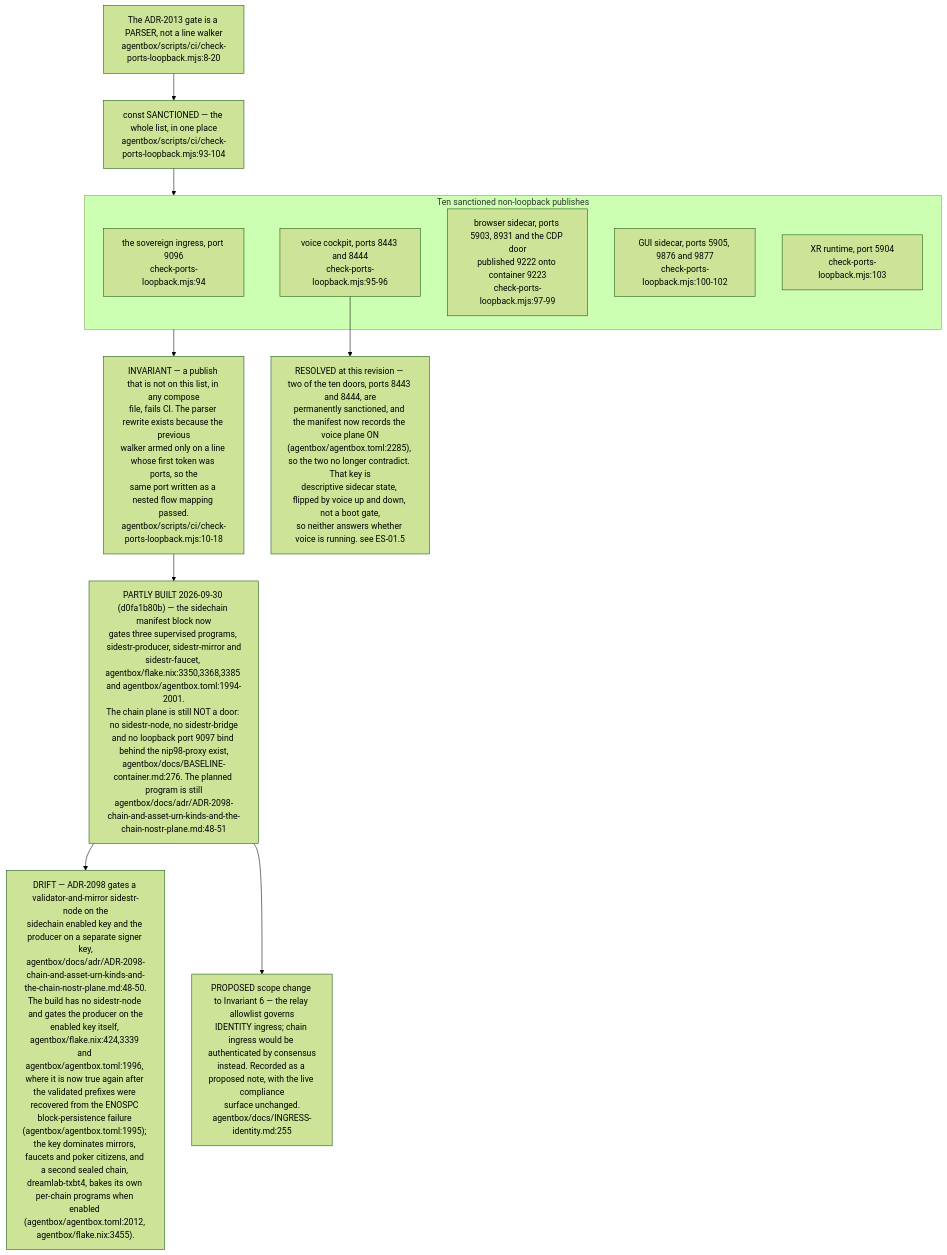
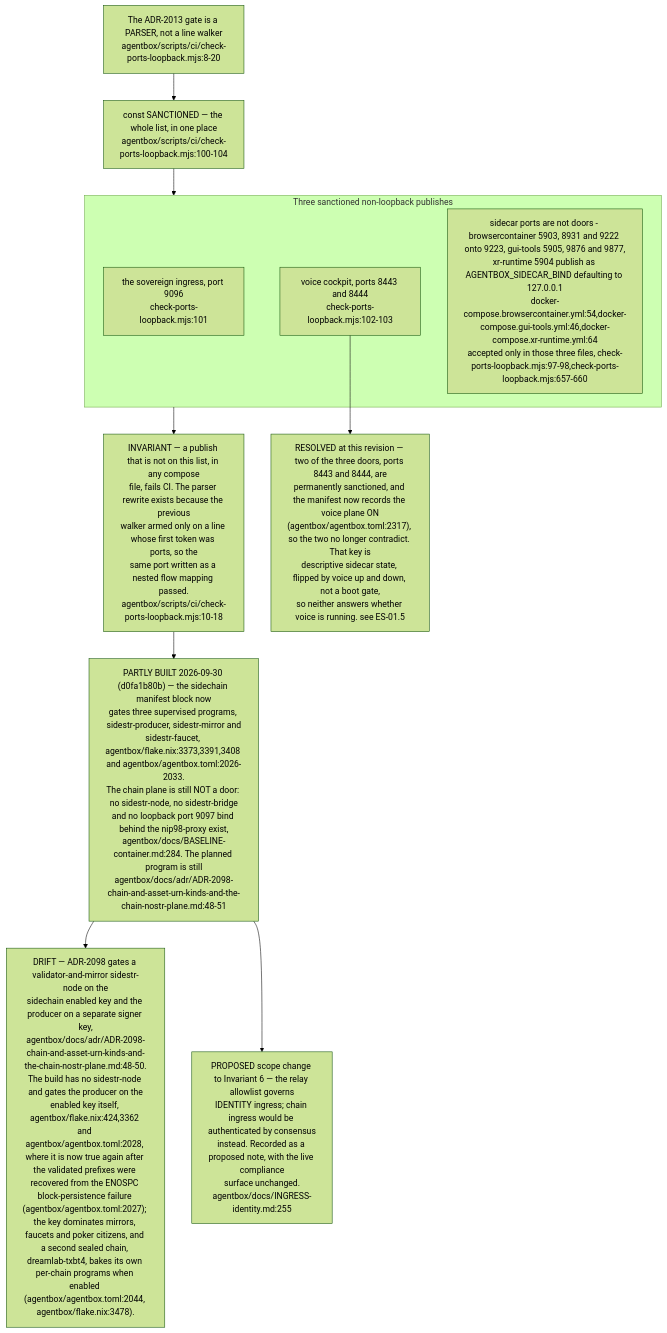
Before and after one commit to DreamLab-AI/VisionFlow: diagram 11 of 11 in docs/diagrams/estate/10-deployment-and-security-profiles.md, drawn with Mermaid (forest theme). The commit also changed other lines of this file and 8 other files, not shown here.

First line of the commit message:
docs(diagrams): re-verify the NIP-98 proxy topics and the custody counts at agentbox 0693c761c (VF-DIAGRAM-NIP98-DRIFT)

````diff
--- a/docs/diagrams/estate/10-deployment-and-security-profiles.md
+++ b/docs/diagrams/estate/10-deployment-and-security-profiles.md
@@ -453,29 +455,27 @@
 ```mermaid
 flowchart TB
     GATE["The ADR-2013 gate is a PARSER, not a line walker<br/>agentbox/scripts/ci/check-ports-loopback.mjs:8-20"]
-    LIST["const SANCTIONED — the whole list, in one place<br/>agentbox/scripts/ci/check-ports-loopback.mjs:93-104"]
+    LIST["const SANCTIONED — the whole list, in one place<br/>agentbox/scripts/ci/check-ports-loopback.mjs:100-104"]
     GATE --> LIST
 
-    subgraph DOORS["Ten sanctioned non-loopback publishes"]
-        D0["the sovereign ingress, port 9096<br/>check-ports-loopback.mjs:94"]
-        D1["voice cockpit, ports 8443 and 8444<br/>check-ports-loopback.mjs:95-96"]
-        D2["browser sidecar, ports 5903, 8931 and the CDP door<br/>published 9222 onto container 9223<br/>check-ports-loopback.mjs:97-99"]
-        D3["GUI sidecar, ports 5905, 9876 and 9877<br/>check-ports-loopback.mjs:100-102"]
-        D4["XR runtime, port 5904<br/>check-ports-loopback.mjs:103"]
+    subgraph DOORS["Three sanctioned non-loopback publishes"]
+        D0["the sovereign ingress, port 9096<br/>check-ports-loopback.mjs:101"]
+        D1["voice cockpit, ports 8443 and 8444<br/>check-ports-loopback.mjs:102-103"]
+        D2["sidecar ports are not doors - browsercontainer 5903, 8931 and 9222 onto 9223, gui-tools 5905, 9876 and 9877,<br/>xr-runtime 5904 publish as AGENTBOX_SIDECAR_BIND defaulting to 127.0.0.1<br/>docker-compose.browsercontainer.yml:54,docker-compose.gui-tools.yml:46,docker-compose.xr-runtime.yml:64<br/>accepted only in those three files, check-ports-loopback.mjs:97-98,check-ports-loopback.mjs:657-660"]
     end
     LIST --> DOORS
 
     INV["INVARIANT — a publish that is not on this list, in any compose<br/>file, fails CI. The parser rewrite exists because the previous<br/>walker armed only on a line whose first token was ports, so the<br/>same port written as a nested flow mapping passed.<br/>agentbox/scripts/ci/check-ports-loopback.mjs:10-18"]
     DOORS --> INV
 
-    PROP["PARTLY BUILT 2026-09-30 (d0fa1b80b) — the sidechain manifest block now<br/>gates three supervised programs, sidestr-producer, sidestr-mirror and<br/>sidestr-faucet, agentbox/flake.nix:3350,3368,3385 and agentbox/agentbox.toml:1994-2001.<br/>The chain plane is still NOT a door: no sidestr-node, no sidestr-bridge<br/>and no loopback port 9097 bind behind the nip98-proxy exist,<br/>agentbox/docs/BASELINE-container.md:276. The planned program is still<br/>agentbox/docs/adr/ADR-2098-chain-and-asset-urn-kinds-and-the-chain-nostr-plane.md:48-51"]
+    PROP["PARTLY BUILT 2026-09-30 (d0fa1b80b) — the sidechain manifest block now<br/>gates three supervised programs, sidestr-producer, sidestr-mirror and<br/>sidestr-faucet, agentbox/flake.nix:3373,3391,3408 and agentbox/agentbox.toml:2026-2033.<br/>The chain plane is still NOT a door: no sidestr-node, no sidestr-bridge<br/>and no loopback port 9097 bind behind the nip98-proxy exist,<br/>agentbox/docs/BASELINE-container.md:284. The planned program is still<br/>agentbox/docs/adr/ADR-2098-chain-and-asset-urn-kinds-and-the-chain-nostr-plane.md:48-51"]
     INV --> PROP
-    GATEDRIFT["DRIFT — ADR-2098 gates a validator-and-mirror sidestr-node on the<br/>sidechain enabled key and the producer on a separate signer key,<br/>agentbox/docs/adr/ADR-2098-chain-and-asset-urn-kinds-and-the-chain-nostr-plane.md:48-50.<br/>The build has no sidestr-node and gates the producer on the<br/>enabled key itself, agentbox/flake.nix:424,3339 and agentbox/agentbox.toml:1996, where it is now true again after the validated prefixes were recovered from the ENOSPC block-persistence failure (agentbox/agentbox.toml:1995); the key dominates mirrors, faucets and poker citizens, and a second sealed chain, dreamlab-txbt4, bakes its own per-chain programs when enabled (agentbox/agentbox.toml:2012, agentbox/flake.nix:3455)."]
+    GATEDRIFT["DRIFT — ADR-2098 gates a validator-and-mirror sidestr-node on the<br/>sidechain enabled key and the producer on a separate signer key,<br/>agentbox/docs/adr/ADR-2098-chain-and-asset-urn-kinds-and-the-chain-nostr-plane.md:48-50.<br/>The build has no sidestr-node and gates the producer on the<br/>enabled key itself, agentbox/flake.nix:424,3362 and agentbox/agentbox.toml:2028, where it is now true again after the validated prefixes were recovered from the ENOSPC block-persistence failure (agentbox/agentbox.toml:2027); the key dominates mirrors, faucets and poker citizens, and a second sealed chain, dreamlab-txbt4, bakes its own per-chain programs when enabled (agentbox/agentbox.toml:2044, agentbox/flake.nix:3478)."]
     PROP --> GATEDRIFT
 
     NARROW["PROPOSED scope change to Invariant 6 — the relay allowlist governs<br/>IDENTITY ingress; chain ingress would be authenticated by consensus<br/>instead. Recorded as a proposed note, with the live compliance<br/>surface unchanged.<br/>agentbox/docs/INGRESS-identity.md:255"]
     PROP --> NARROW
 
-    TENSION["RESOLVED at this revision — two of the ten doors, ports 8443 and 8444, are<br/>permanently sanctioned, and the manifest now records the voice plane ON<br/>(agentbox/agentbox.toml:2285), so the two no longer contradict. That key is<br/>descriptive sidecar state, flipped by voice up and down, not a boot gate,<br/>so neither answers whether voice is running. see ES-01.5"]
+    TENSION["RESOLVED at this revision — two of the three doors, ports 8443 and 8444, are<br/>permanently sanctioned, and the manifest now records the voice plane ON<br/>(agentbox/agentbox.toml:2317), so the two no longer contradict. That key is<br/>descriptive sidecar state, flipped by voice up and down, not a boot gate,<br/>so neither answers whether voice is running. see ES-01.5"]
     D1 --> TENSION
 ```
````
